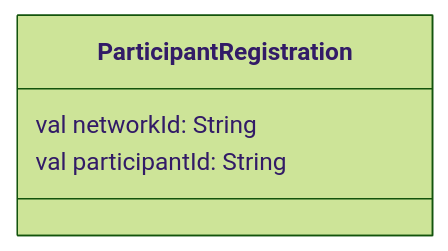
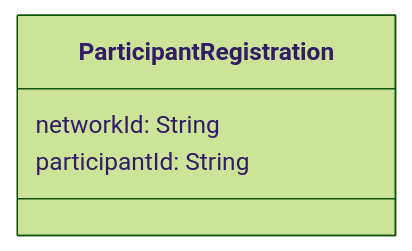
The second of 2 diagrams in content/4.examples/register-participant.draft.md (gevamu/gevamu.github.io), drawn with Mermaid (forest theme) before and after one commit. The commit also changed other lines of this file, not shown here.

````diff
--- a/content/4.examples/register-participant.draft.md
+++ b/content/4.examples/register-participant.draft.md
@@ -57,8 +46,8 @@
 ```mermaid
 classDiagram
   class ParticipantRegistration {
-    val networkId: String
-    val participantId: String
+    networkId: String
+    participantId: String
   }
 
 ```
````
